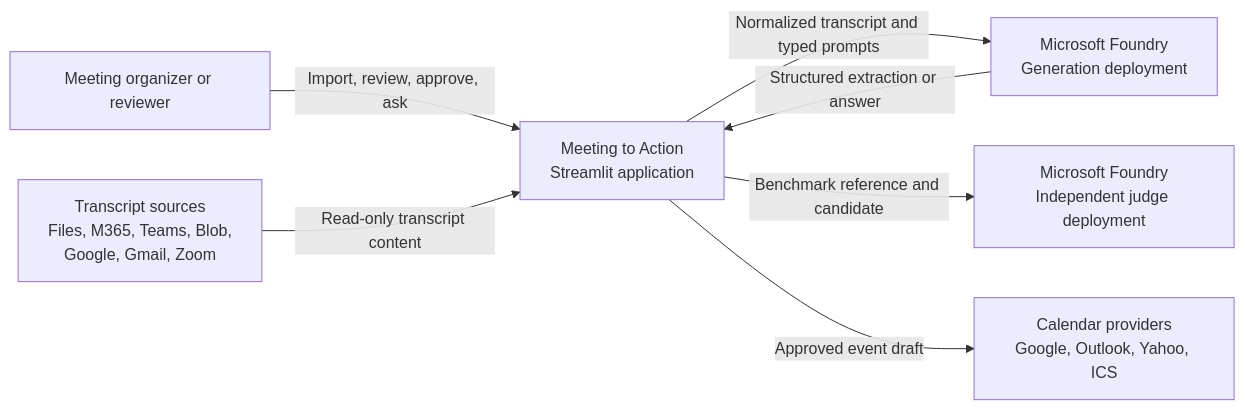
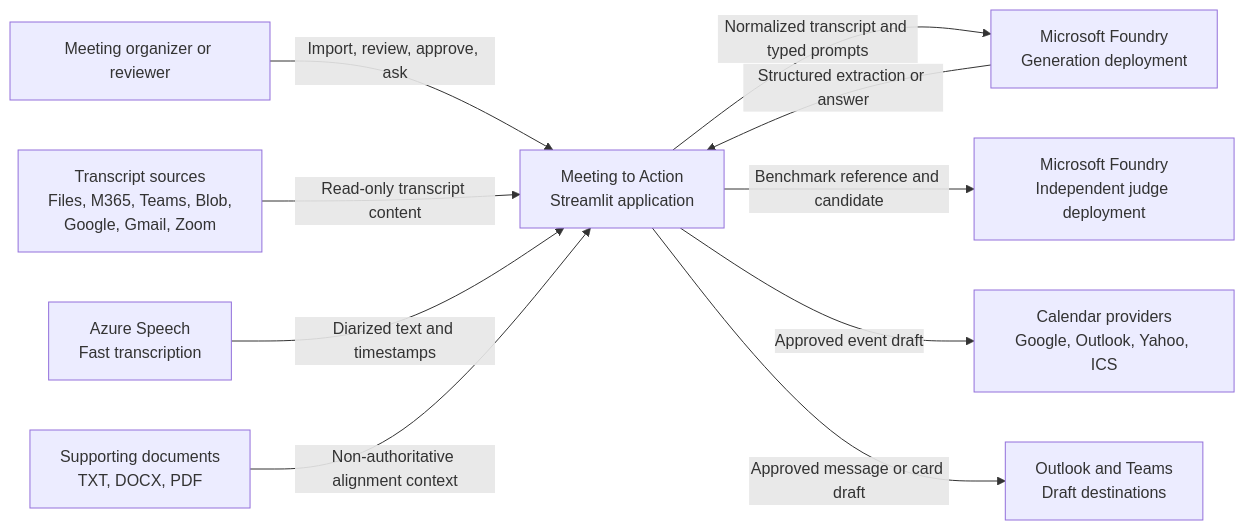
The first of 6 diagrams in SYSTEM_DESIGN.md (DeeptiNadkarni/meetingtoactionagent), drawn with Mermaid before and after one commit. The commit also changed other lines of this file and 6 other files, not shown here.

````diff
--- a/SYSTEM_DESIGN.md
+++ b/SYSTEM_DESIGN.md
@@ -112,16 +113,22 @@
 ```mermaid
 flowchart LR
     User[Meeting organizer or reviewer]
     App[Meeting to Action\nStreamlit application]
     Sources[Transcript sources\nFiles, M365, Teams, Blob,\nGoogle, Gmail, Zoom]
+    Speech[Azure Speech\nFast transcription]
+    Context[Supporting documents\nTXT, DOCX, PDF]
     Foundry[Microsoft Foundry\nGeneration deployment]
     Judge[Microsoft Foundry\nIndependent judge deployment]
     Calendars[Calendar providers\nGoogle, Outlook, Yahoo, ICS]
+    Workflows[Outlook and Teams\nDraft destinations]
 
     User -->|Import, review, approve, ask| App
     Sources -->|Read-only transcript content| App
+    Speech -->|Diarized text and timestamps| App
+    Context -->|Non-authoritative alignment context| App
     App -->|Normalized transcript and typed prompts| Foundry
     Foundry -->|Structured extraction or answer| App
     App -->|Benchmark reference and candidate| Judge
     App -->|Approved event draft| Calendars
+    App -->|Approved message or card draft| Workflows
 ```
````
